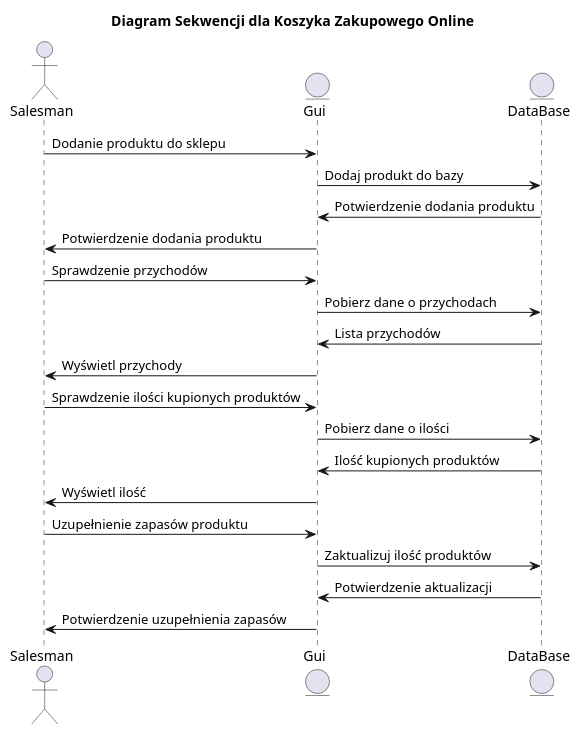
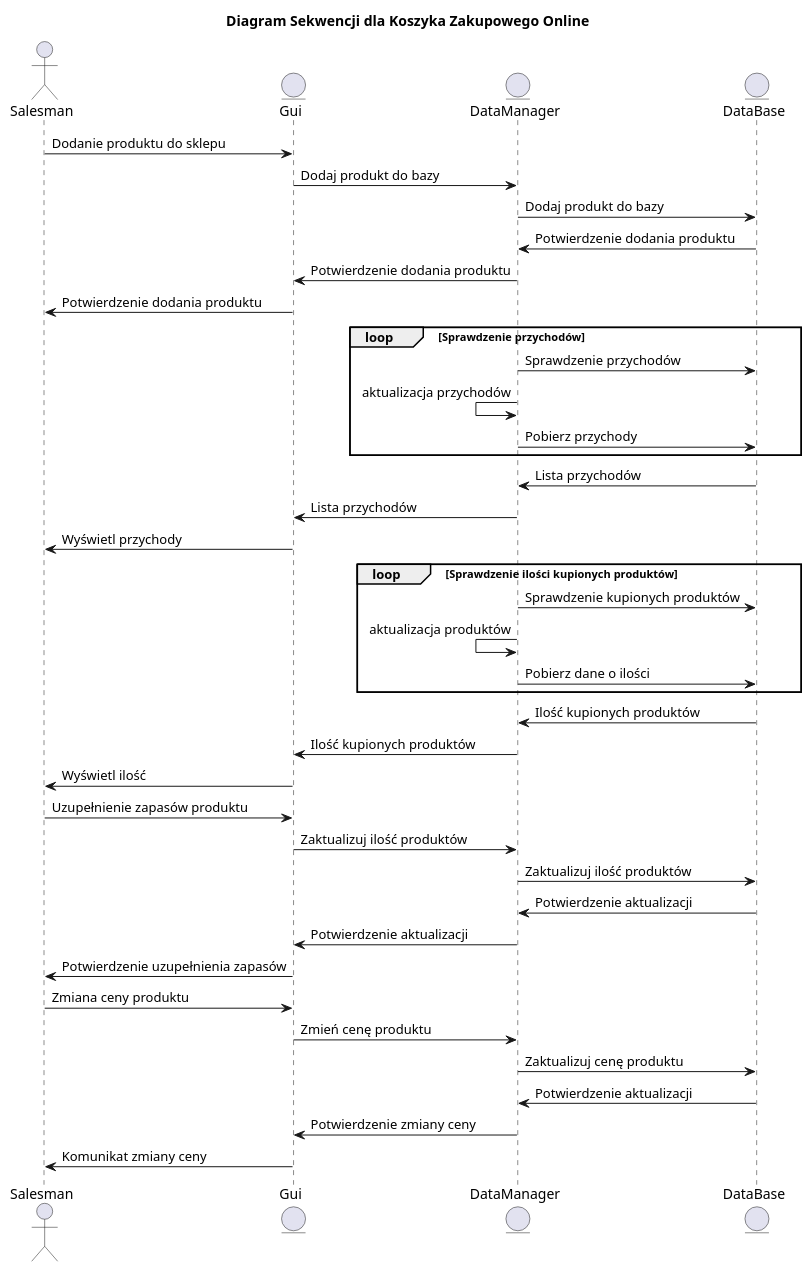
One commit to Szlesniak/ShoppingCart changed the diagram in PlantUML/sekwencja_Salesman.puml. Above: the diagram before and after it, drawn with PlantUML. The commit also changed 1 other file, not shown here.

Commit message:
klasy i salesman

```diff
--- a/PlantUML/sekwencja_Salesman.puml
+++ b/PlantUML/sekwencja_Salesman.puml
@@ -1,32 +1,54 @@
 @startuml
 title Diagram Sekwencji dla Koszyka Zakupowego Online
 
 actor Salesman
 entity Gui
+entity DataManager
 entity DataBase
+
 
 ' Sprzedawca dodaje produkt do sklepu
 Salesman -> Gui : Dodanie produktu do sklepu
-Gui -> DataBase : Dodaj produkt do bazy
-DataBase -> Gui : Potwierdzenie dodania produktu
+Gui -> DataManager : Dodaj produkt do bazy
+DataManager -> DataBase : Dodaj produkt do bazy
+DataBase -> DataManager : Potwierdzenie dodania produktu
+DataManager -> Gui : Potwierdzenie dodania produktu
 Gui -> Salesman : Potwierdzenie dodania produktu
 
 ' Sprzedawca sprawdza przychody
-Salesman -> Gui : Sprawdzenie przychodów
-Gui -> DataBase : Pobierz dane o przychodach
-DataBase -> Gui : Lista przychodów
+loop Sprawdzenie przychodów
+    DataManager -> DataBase : Sprawdzenie przychodów
+    DataManager <- DataManager : aktualizacja przychodów
+    DataManager -> DataBase : Pobierz przychody
+    end
+DataBase -> DataManager : Lista przychodów
+DataManager -> Gui : Lista przychodów
 Gui -> Salesman : Wyświetl przychody
 
 ' Sprzedawca sprawdza ilość kupionych produktów
-Salesman -> Gui : Sprawdzenie ilości kupionych produktów
-Gui -> DataBase : Pobierz dane o ilości
-DataBase -> Gui : Ilość kupionych produktów
+loop Sprawdzenie ilości kupionych produktów
+    DataManager -> DataBase : Sprawdzenie kupionych produktów
+    DataManager <- DataManager : aktualizacja produktów
+    DataManager -> DataBase : Pobierz dane o ilości
+    end
+DataBase -> DataManager : Ilość kupionych produktów
+DataManager -> Gui : Ilość kupionych produktów
 Gui -> Salesman : Wyświetl ilość
 
 ' Sprzedawca uzupełnia zapasy
 Salesman -> Gui : Uzupełnienie zapasów produktu
-Gui -> DataBase : Zaktualizuj ilość produktów
-DataBase -> Gui : Potwierdzenie aktualizacji
+Gui -> DataManager : Zaktualizuj ilość produktów
+DataManager -> DataBase : Zaktualizuj ilość produktów
+DataBase -> DataManager : Potwierdzenie aktualizacji
+DataManager -> Gui : Potwierdzenie aktualizacji
 Gui -> Salesman : Potwierdzenie uzupełnienia zapasów
 
+Salesman -> Gui : Zmiana ceny produktu
+Gui -> DataManager : Zmień cenę produktu
+DataManager -> DataBase : Zaktualizuj cenę produktu
+DataBase -> DataManager : Potwierdzenie aktualizacji
+DataManager -> Gui : Potwierdzenie zmiany ceny
+Gui -> Salesman : Komunikat zmiany ceny
+
+
 @enduml
```
